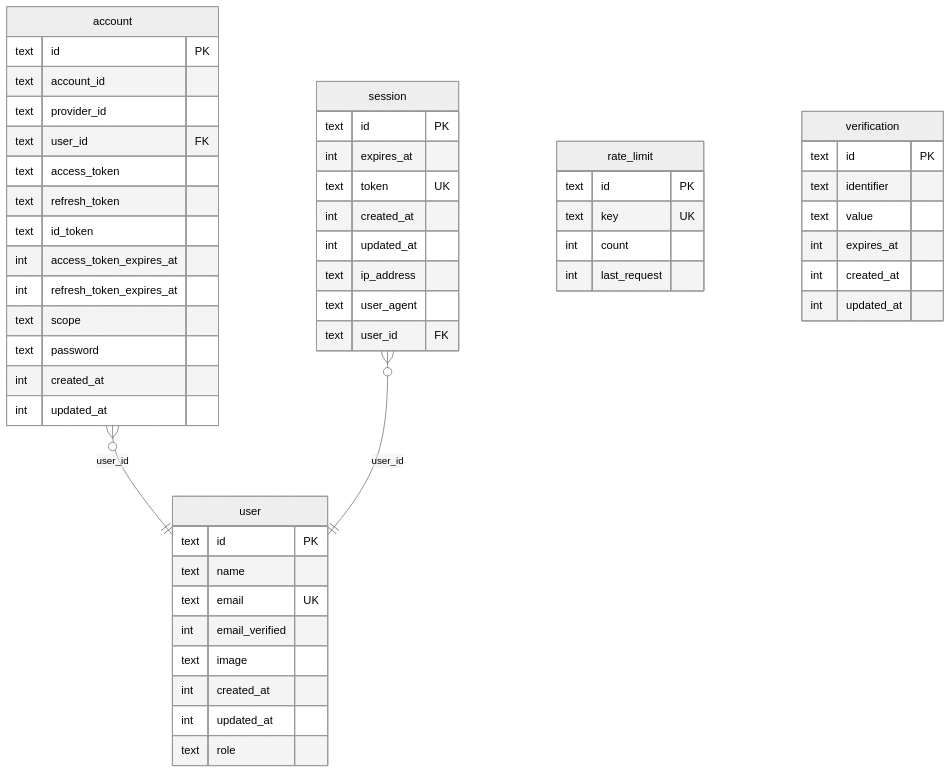
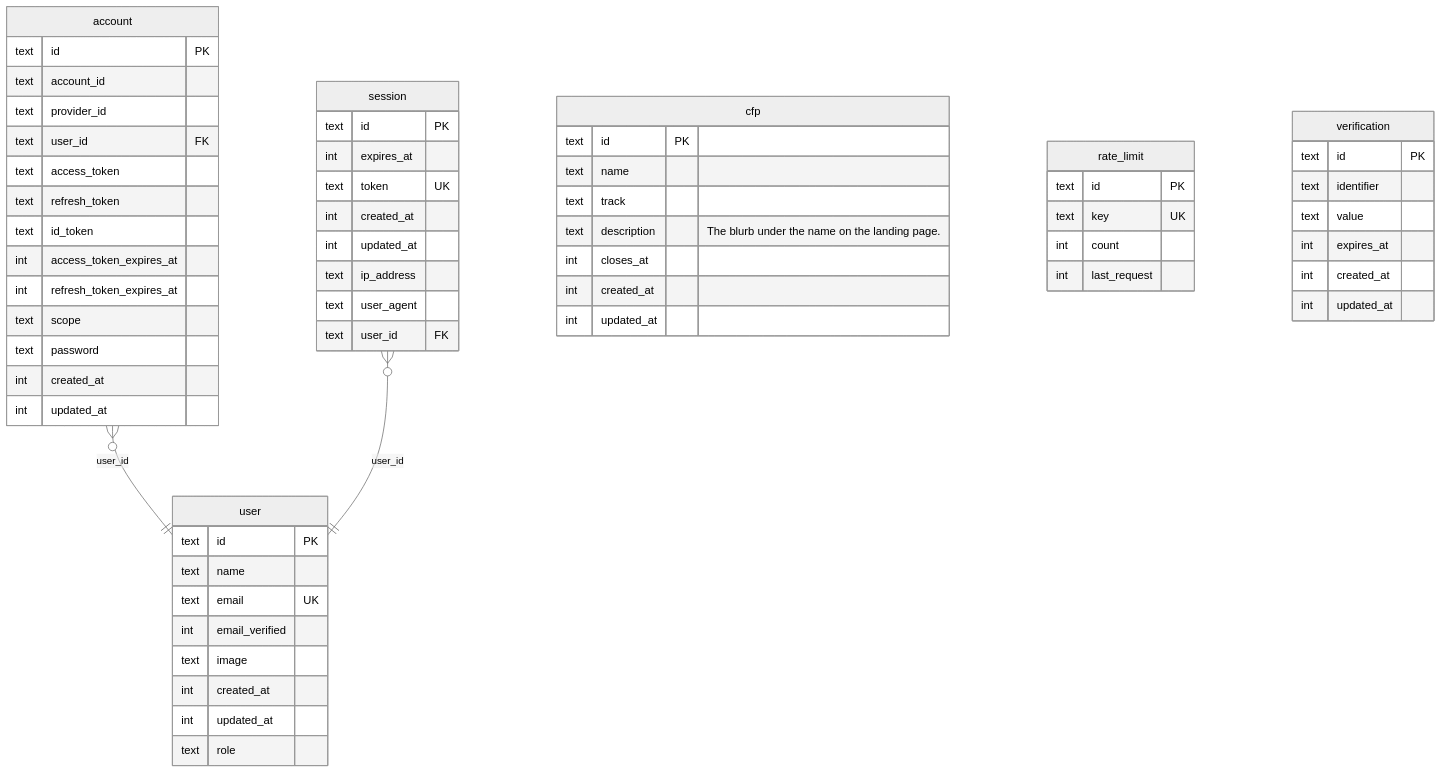
One commit to DevHub-iLab/ilab-cfs changed the diagram in docs/db/README.md. Above: the diagram before and after it, drawn with Mermaid (neutral theme). The commit also changed other lines of this file and 10 other files, not shown here.

First line of the commit message:
Build the CFP landing page

````diff
--- a/docs/db/README.md
+++ b/docs/db/README.md
@@ -15,55 +16,64 @@
 ```mermaid
 erDiagram
     account }o--|| user : "user_id"
     session }o--|| user : "user_id"
 
     account {
         text id PK
         text account_id
         text provider_id
         text user_id FK
         text access_token
         text refresh_token
         text id_token
         int access_token_expires_at
         int refresh_token_expires_at
         text scope
         text password
+        int created_at
+        int updated_at
+    }
+    cfp {
+        text id PK
+        text name
+        text track
+        text description "The blurb under the name on the landing page."
+        int closes_at
         int created_at
         int updated_at
     }
     rate_limit {
         text id PK
         text key UK
         int count
         int last_request
     }
     session {
         text id PK
         int expires_at
         text token UK
         int created_at
         int updated_at
         text ip_address
         text user_agent
         text user_id FK
     }
     user {
         text id PK
         text name
         text email UK
         int email_verified
         text image
         int created_at
         int updated_at
         text role
     }
     verification {
         text id PK
         text identifier
         text value
         int expires_at
         int created_at
         int updated_at
     }
 ```
````
